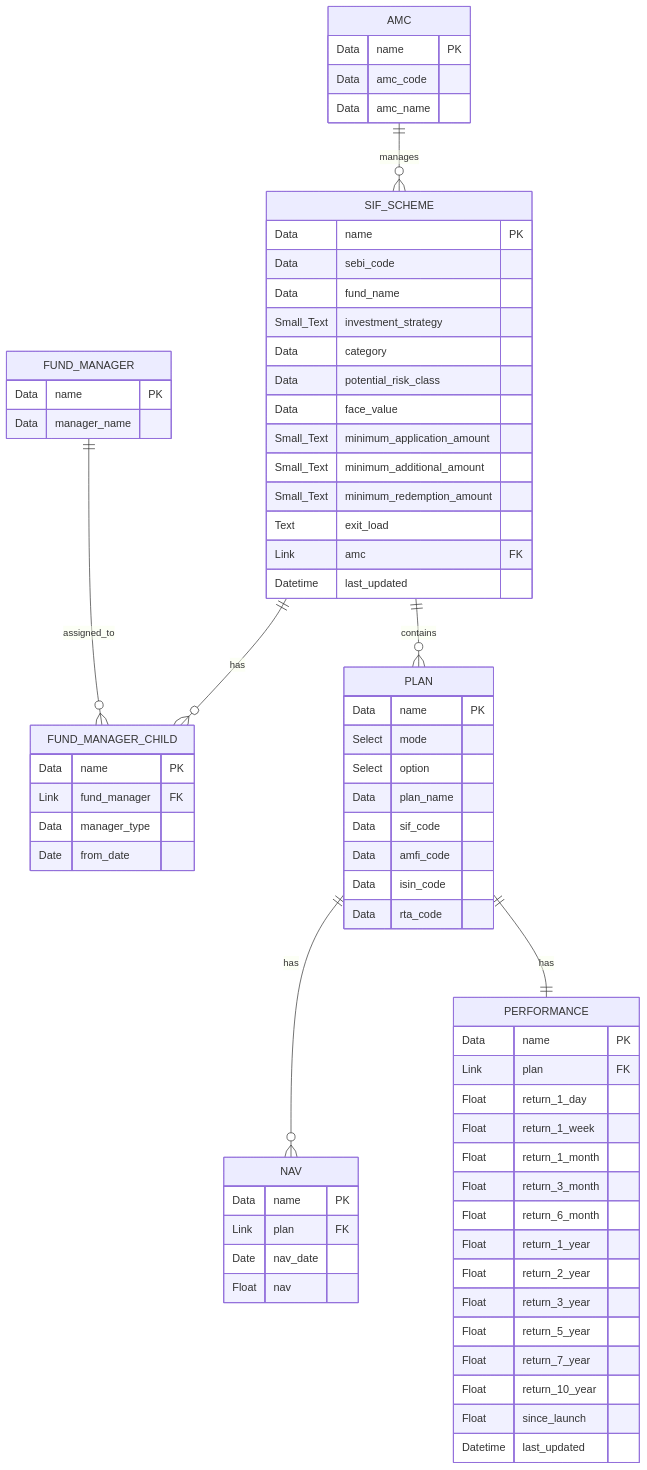
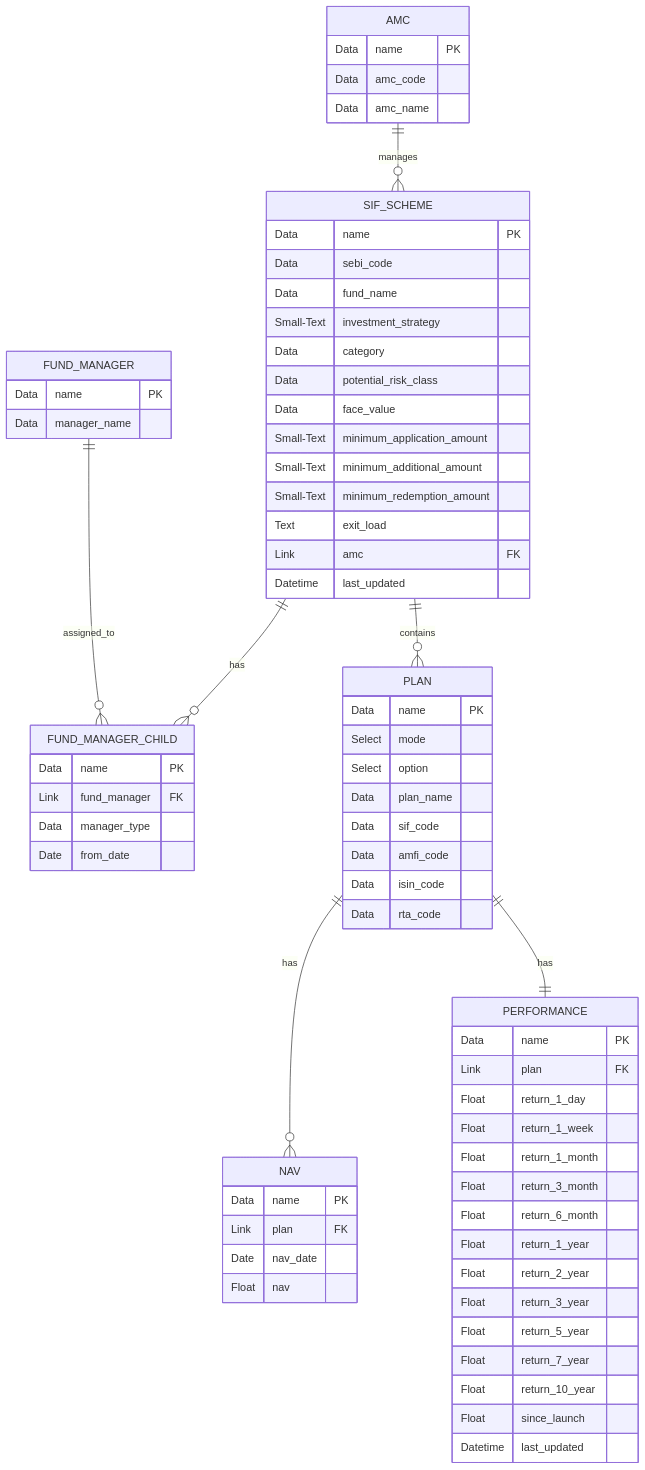
Before and after one commit to Satyam4755/My_SIF: the diagram in sif_app/DOCTYPE architecture ER diagram.md, drawn with Mermaid. The commit also changed 8 other files, not shown here.

Commit message:
added all the doctypes under according to the ER diagram 2.0.2

```diff
--- a/sif_app/DOCTYPE architecture ER diagram.md
+++ b/sif_app/DOCTYPE architecture ER diagram.md
@@ -35,14 +35,14 @@
         Data name PK
         Data sebi_code
         Data fund_name
-        Small_Text investment_strategy
+        Small-Text investment_strategy
         Data category
         Data potential_risk_class
         Data face_value
 
-        Small_Text minimum_application_amount
-        Small_Text minimum_additional_amount
-        Small_Text minimum_redemption_amount
+        Small-Text minimum_application_amount
+        Small-Text minimum_additional_amount
+        Small-Text minimum_redemption_amount
 
         Text exit_load
 
```
